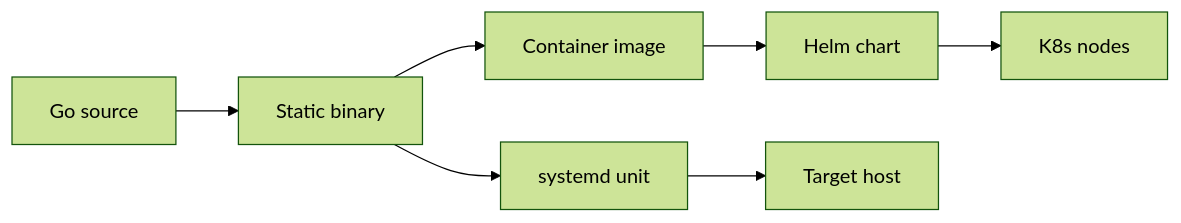
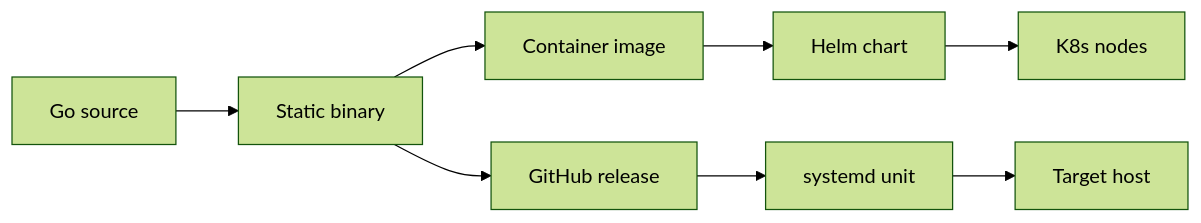
Before and after one commit to timpa0130/nvmeof-csi: the first of 3 diagrams in design/deployment.md, drawn with Mermaid (forest theme). The commit also changed other lines of this file and 3 other files, not shown here.

````diff
--- a/design/deployment.md
+++ b/design/deployment.md
@@ -12,9 +12,10 @@
 ```mermaid
 flowchart LR
     SRC["Go source"] --> BIN["Static binary"]
     BIN --> IMG["Container image"]
-    BIN --> UNIT["systemd unit"]
+    BIN --> REL["GitHub release"]
+    REL --> UNIT["systemd unit"]
     IMG --> CHART["Helm chart"]
     CHART --> NODES["K8s nodes"]
     UNIT --> TARGET["Target host"]
 ```
````
